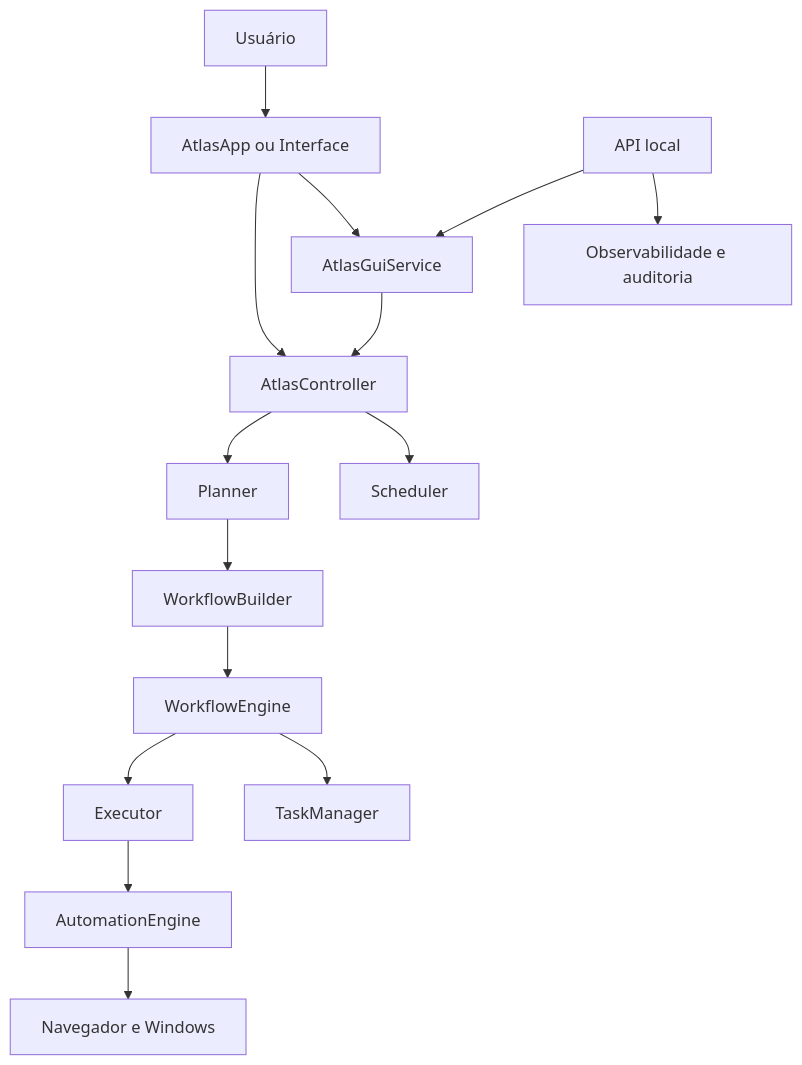
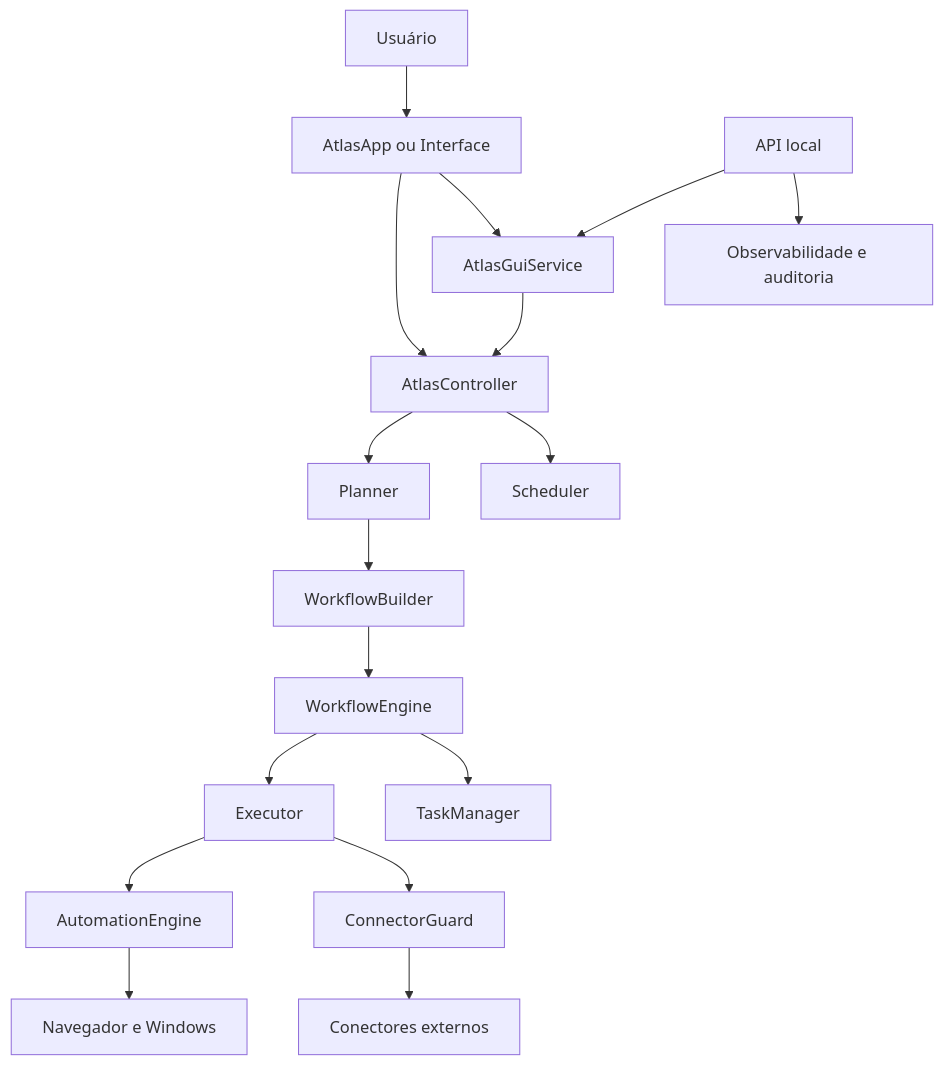
One commit to ssamirchayen/atlas-assistente-inteligente changed the diagram in docs/ARCHITECTURE.md. Above: the diagram before and after it, drawn with Mermaid. The commit also changed other lines of this file and 78 other files, not shown here.

````diff
--- a/docs/ARCHITECTURE.md
+++ b/docs/ARCHITECTURE.md
@@ -9,17 +9,19 @@
 ```mermaid
 flowchart TD
     U[Usuário] --> A[AtlasApp ou Interface]
     A --> G[AtlasGuiService]
     A --> C[AtlasController]
     API[API local] --> O[Observabilidade e auditoria]
     API --> G
     G --> C
     C --> S[Scheduler]
     C --> P[Planner]
     P --> B[WorkflowBuilder]
     B --> W[WorkflowEngine]
     W --> T[TaskManager]
     W --> E[Executor]
+    E --> CG[ConnectorGuard]
+    CG --> CR[Conectores externos]
     E --> X[AutomationEngine]
     X --> N[Navegador e Windows]
 ```
````
